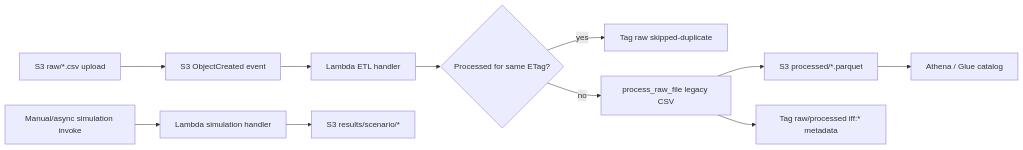
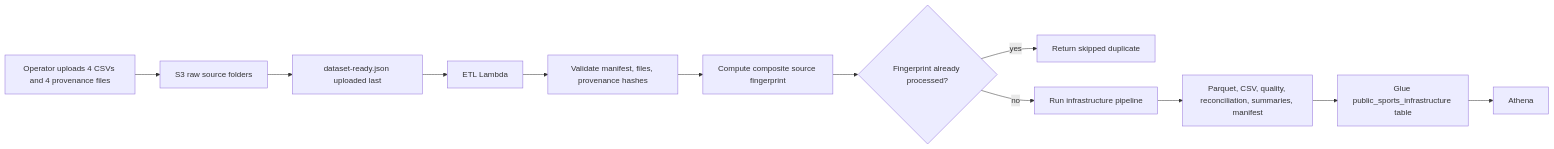
Before and after one commit to ARasugit20/Fifa-talent: the second of 3 diagrams in docs/architecture.md, drawn with Mermaid. The commit also changed other lines of this file and 26 other files, not shown here.

First line of the commit message:
Phase 3: manifest-triggered Lambda infrastructure ETL

````diff
--- a/docs/architecture.md
+++ b/docs/architecture.md
@@ -32,13 +32,14 @@
 ```mermaid
 flowchart LR
-  upload[S3 raw/*.csv upload] --> notify[S3 ObjectCreated event]
-  notify --> etl[Lambda ETL handler]
-  etl --> idempotent{Processed for same ETag?}
-  idempotent -->|yes| skip[Tag raw skipped-duplicate]
-  idempotent -->|no| process[process_raw_file legacy CSV]
-  process --> processed[S3 processed/*.parquet]
-  process --> tag[Tag raw/processed iff:* metadata]
-  simInvoke[Manual/async simulation invoke] --> simLambda[Lambda simulation handler]
-  simLambda --> results[S3 results/scenario/*]
-  processed --> athena[Athena / Glue catalog]
+  operator[Operator uploads 4 CSVs and 4 provenance files] --> raw[S3 raw source folders]
+  raw --> ready[dataset-ready.json uploaded last]
+  ready --> lambda[ETL Lambda]
+  lambda --> verify[Validate manifest, files, provenance hashes]
+  verify --> fingerprint[Compute composite source fingerprint]
+  fingerprint --> duplicate{Fingerprint already processed?}
+  duplicate -->|yes| skip[Return skipped duplicate]
+  duplicate -->|no| pipeline[Run infrastructure pipeline]
+  pipeline --> outputs[Parquet, CSV, quality, reconciliation, summaries, manifest]
+  outputs --> glue[Glue public_sports_infrastructure table]
+  glue --> athena[Athena]
 ```
````
